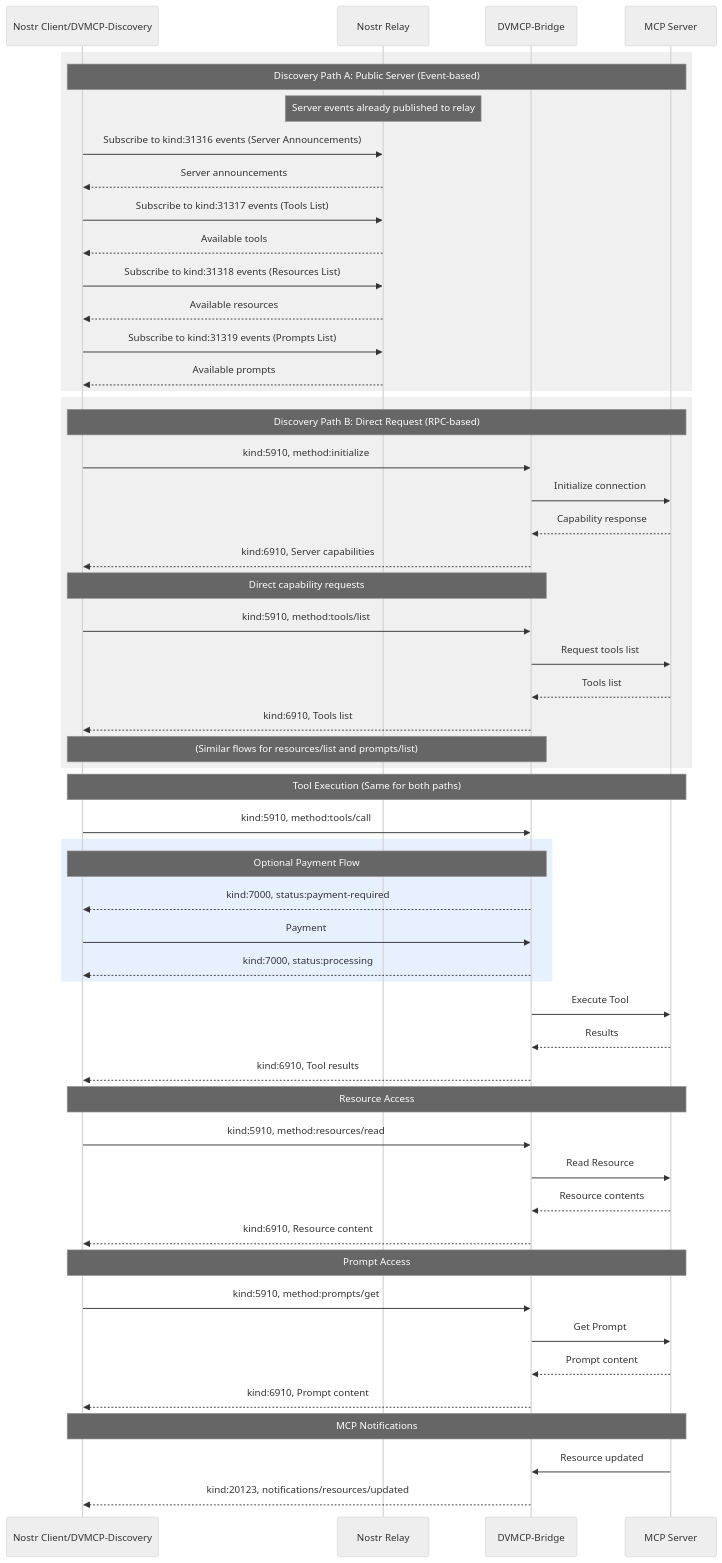
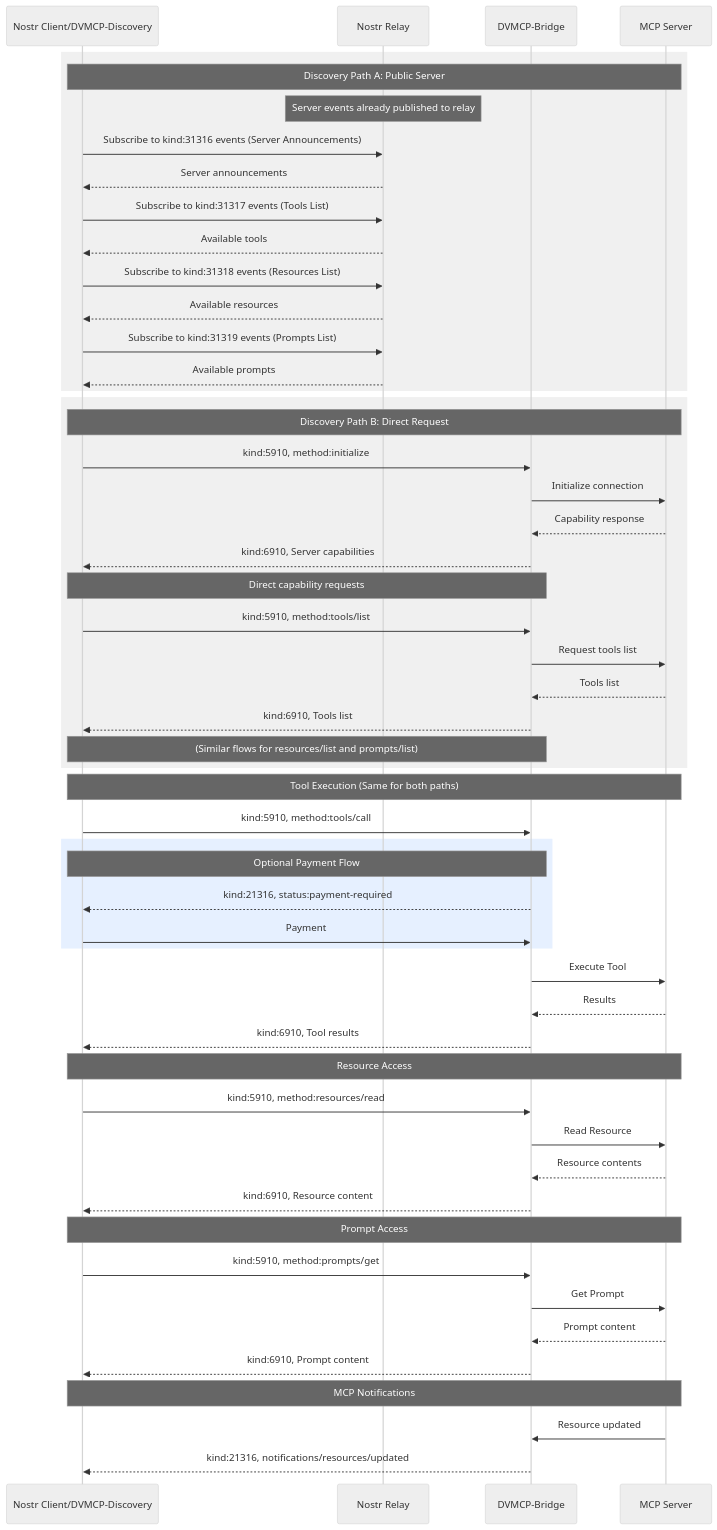
One commit to gzuuus/dvmcp changed the diagram in docs/dvmcp-spec-2025-03-26.md. Above: the diagram before and after it, drawn with Mermaid (neutral theme). The commit also changed other lines of this file, not shown here.

Commit message:
docs: update ephemeral event kind numbers and expand private server discovery section

````diff
--- a/docs/dvmcp-spec-2025-03-26.md
+++ b/docs/dvmcp-spec-2025-03-26.md
@@ -748,67 +751,66 @@
 ```mermaid
 sequenceDiagram
     participant Client as Nostr Client/DVMCP-Discovery
     participant Relay as Nostr Relay
     participant DVM as DVMCP-Bridge
     participant Server as MCP Server
 
     rect rgb(240, 240, 240)
-        Note over Client,Server: Discovery Path A: Public Server (Event-based)
+        Note over Client,Server: Discovery Path A: Public Server
         Note over Relay: Server events already published to relay
         
         Client->>Relay: Subscribe to kind:31316 events (Server Announcements)
         Relay-->>Client: Server announcements
         Client->>Relay: Subscribe to kind:31317 events (Tools List)
         Relay-->>Client: Available tools
         Client->>Relay: Subscribe to kind:31318 events (Resources List)
         Relay-->>Client: Available resources
         Client->>Relay: Subscribe to kind:31319 events (Prompts List)
         Relay-->>Client: Available prompts
     end
 
     rect rgb(240, 240, 240)
-        Note over Client,Server: Discovery Path B: Direct Request (RPC-based)
+        Note over Client,Server: Discovery Path B: Direct Request
         Client->>DVM: kind:5910, method:initialize
         DVM->>Server: Initialize connection
         Server-->>DVM: Capability response
         DVM-->>Client: kind:6910, Server capabilities
         
         Note over Client,DVM: Direct capability requests
         Client->>DVM: kind:5910, method:tools/list
         DVM->>Server: Request tools list
         Server-->>DVM: Tools list
         DVM-->>Client: kind:6910, Tools list
         
         Note over Client,DVM: (Similar flows for resources/list and prompts/list)
     end
 
     Note over Client,Server: Tool Execution (Same for both paths)
     Client->>DVM: kind:5910, method:tools/call
     
     rect rgb(230, 240, 255)
         Note over Client,DVM: Optional Payment Flow
-        DVM-->>Client: kind:7000, status:payment-required
+        DVM-->>Client: kind:21316, status:payment-required
         Client->>DVM: Payment
-        DVM-->>Client: kind:7000, status:processing
     end
     
     DVM->>Server: Execute Tool
     Server-->>DVM: Results
     DVM-->>Client: kind:6910, Tool results
 
     Note over Client,Server: Resource Access
     Client->>DVM: kind:5910, method:resources/read
     DVM->>Server: Read Resource
     Server-->>DVM: Resource contents
     DVM-->>Client: kind:6910, Resource content
 
     Note over Client,Server: Prompt Access
     Client->>DVM: kind:5910, method:prompts/get
     DVM->>Server: Get Prompt
     Server-->>DVM: Prompt content
     DVM-->>Client: kind:6910, Prompt content
 
     Note over Client,Server: MCP Notifications
     Server->>DVM: Resource updated
-    DVM-->>Client: kind:20123, notifications/resources/updated
+    DVM-->>Client: kind:21316, notifications/resources/updated
 ```
````
